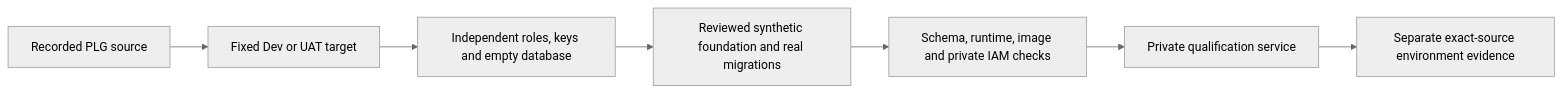
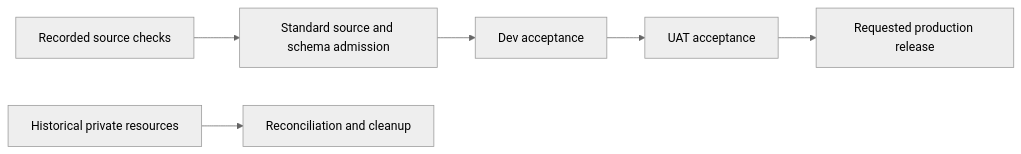
Before and after one commit to hushh-labs/hushh-research: the diagram in docs/reference/operations/plg-isolated-qualification.md, drawn with Mermaid (neutral theme). The commit also changed other lines of this file and 5 other files, not shown here.

````diff
--- a/docs/reference/operations/plg-isolated-qualification.md
+++ b/docs/reference/operations/plg-isolated-qualification.md
@@ -5,9 +5,8 @@
 ```mermaid
 flowchart LR
-  source[Recorded PLG source] --> plan[Fixed Dev or UAT target]
-  plan --> namespace[Independent roles, keys and empty database]
-  namespace --> foundation[Reviewed synthetic foundation and real migrations]
-  foundation --> guards[Schema, runtime, image and private IAM checks]
-  guards --> candidate[Private qualification service]
-  candidate --> acceptance[Separate exact-source environment evidence]
+  source[Recorded source checks] --> admission[Standard source and schema admission]
+  admission --> dev[Dev acceptance]
+  dev --> uat[UAT acceptance]
+  uat --> prod[Requested production release]
+  retained[Historical private resources] --> cleanup[Reconciliation and cleanup]
 ```
````
